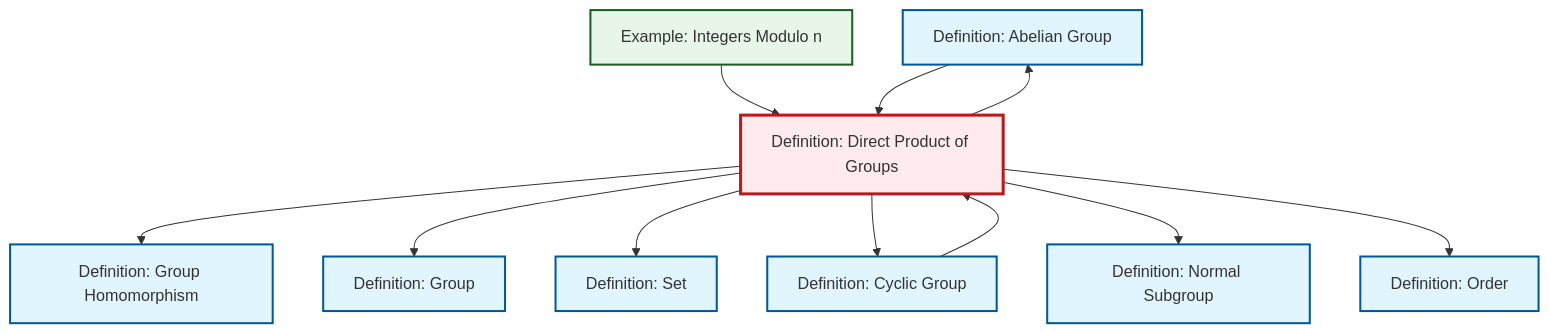
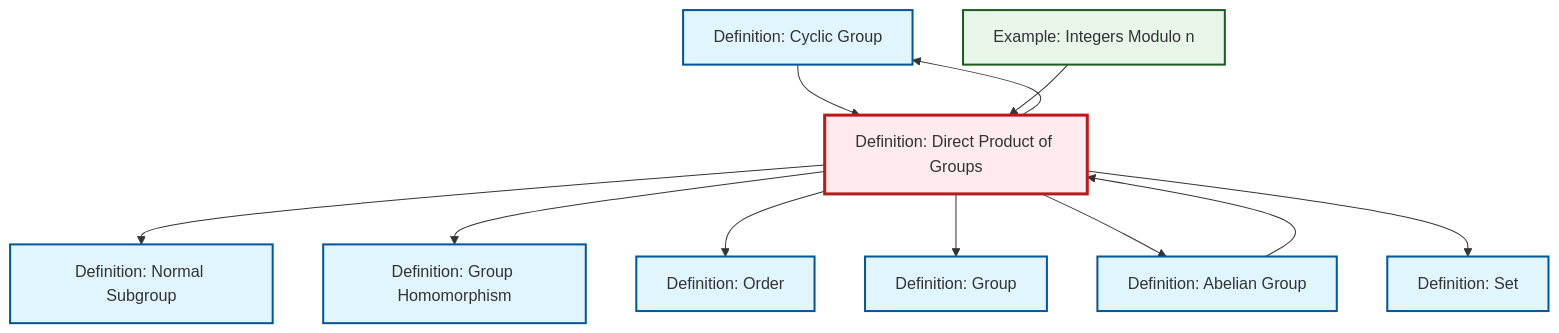
One commit to RK0429/ModernMath changed the diagram in content/en/algebra/def-direct-product.qmd. Above: the diagram before and after it, drawn with Mermaid. The commit also changed other lines of this file and 654 other files, not shown here.

````diff
--- a/content/en/algebra/def-direct-product.qmd
+++ b/content/en/algebra/def-direct-product.qmd
@@ -107,37 +107,37 @@
 ```{mermaid}
 %%| fig-cap: "Local dependency graph"
 graph TD
     classDef definition fill:#e1f5fe,stroke:#01579b,stroke-width:2px
     classDef theorem fill:#f3e5f5,stroke:#4a148c,stroke-width:2px
     classDef axiom fill:#fff3e0,stroke:#e65100,stroke-width:2px
     classDef example fill:#e8f5e9,stroke:#1b5e20,stroke-width:2px
     classDef current fill:#ffebee,stroke:#b71c1c,stroke-width:3px
-    def-group["Definition: Group"]:::definition
-    def-abelian-group["Definition: Abelian Group"]:::definition
     def-set["Definition: Set"]:::definition
     def-cyclic-group["Definition: Cyclic Group"]:::definition
+    def-group["Definition: Group"]:::definition
+    def-order["Definition: Order"]:::definition
+    def-direct-product["Definition: Direct Product of Groups"]:::definition
+    def-homomorphism["Definition: Group Homomorphism"]:::definition
     def-normal-subgroup["Definition: Normal Subgroup"]:::definition
-    def-direct-product["Definition: Direct Product of Groups"]:::definition
-    def-order["Definition: Order"]:::definition
+    def-abelian-group["Definition: Abelian Group"]:::definition
     ex-quotient-integers-mod-n["Example: Integers Modulo n"]:::example
-    def-homomorphism["Definition: Group Homomorphism"]:::definition
+    def-direct-product --> def-normal-subgroup
+    def-direct-product --> def-cyclic-group
     def-direct-product --> def-homomorphism
+    def-direct-product --> def-order
+    def-cyclic-group --> def-direct-product
     def-direct-product --> def-group
-    def-cyclic-group --> def-direct-product
+    ex-quotient-integers-mod-n --> def-direct-product
+    def-abelian-group --> def-direct-product
     def-direct-product --> def-abelian-group
-    ex-quotient-integers-mod-n --> def-direct-product
     def-direct-product --> def-set
-    def-abelian-group --> def-direct-product
-    def-direct-product --> def-cyclic-group
-    def-direct-product --> def-normal-subgroup
-    def-direct-product --> def-order
     class def-direct-product current
-    click def-group "def-group.html" "Go to Group definition"
-    click def-abelian-group "def-abelian-group.html" "Go to Abelian Group definition"
     click def-set "def-set.html" "Go to Set definition"
     click def-cyclic-group "def-cyclic-group.html" "Go to Cyclic Group definition"
+    click def-group "def-group.html" "Go to Group definition"
+    click def-order "def-order.html" "Go to Order definition"
+    click def-homomorphism "def-homomorphism.html" "Go to Group Homomorphism definition"
     click def-normal-subgroup "def-normal-subgroup.html" "Go to Normal Subgroup definition"
-    click def-order "def-order.html" "Go to Order definition"
+    click def-abelian-group "def-abelian-group.html" "Go to Abelian Group definition"
     click ex-quotient-integers-mod-n "ex-quotient-integers-mod-n.html" "Go to Integers Modulo n example"
-    click def-homomorphism "def-homomorphism.html" "Go to Group Homomorphism definition"
 ```
````
